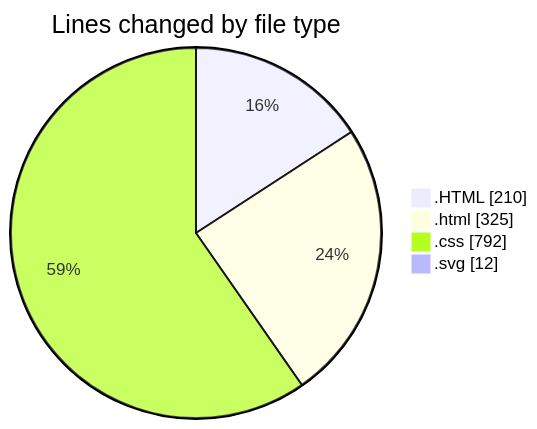
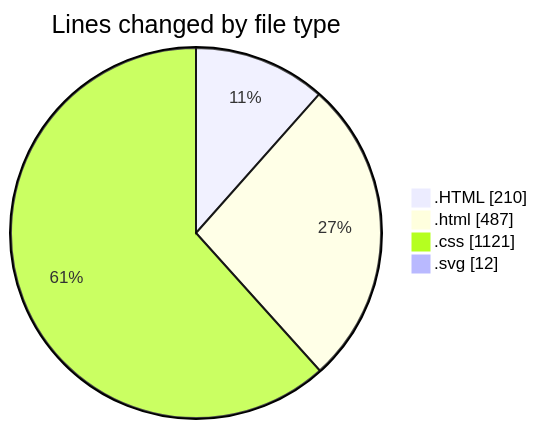
Before and after one commit to Unknowalive/code-tracking: the first of 2 diagrams in 2026-09-03/web_tec_2026/README.md, drawn with Mermaid. The commit also changed other lines of this file and 1 other file, not shown here.

````diff
--- a/2026-09-03/web_tec_2026/README.md
+++ b/2026-09-03/web_tec_2026/README.md
@@ -29,8 +31,8 @@
 ```mermaid
 pie showData
 title Lines changed by file type
 ".HTML" : 210
-".html" : 325
-".css" : 792
+".html" : 487
+".css" : 1121
 ".svg" : 12
 ```
````
